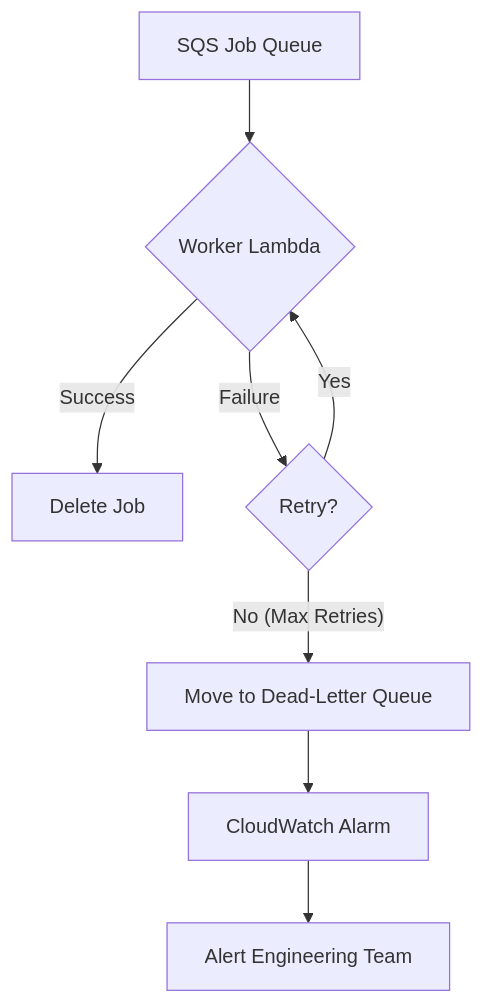
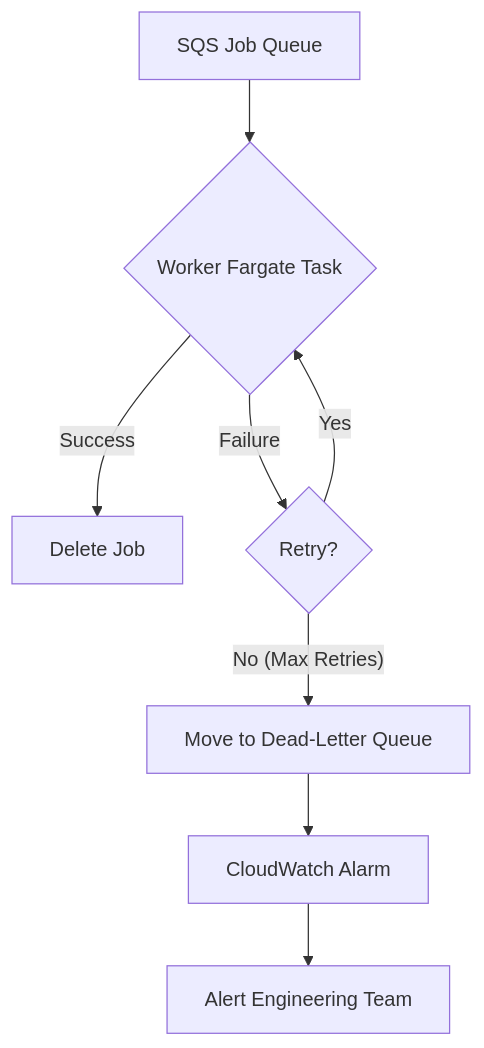
One commit to dino10bit/healthsync changed the diagram in 17-error-handling.md. Above: the diagram before and after it, drawn with Mermaid. The commit also changed other lines of this file and 6 other files, not shown here.

````diff
--- a/17-error-handling.md
+++ b/17-error-handling.md
@@ -165,10 +166,10 @@
 ```mermaid
 graph TD
-    A[SQS Job Queue] --> B{Worker Lambda};
+    A[SQS Job Queue] --> B{Worker Fargate Task};
     B -- Success --> C[Delete Job];
     B -- Failure --> D{Retry?};
     D -- Yes --> B;
     D -- No (Max Retries) --> E[Move to Dead-Letter Queue];
     E --> F[CloudWatch Alarm];
     F --> G[Alert Engineering Team];
 ```
````
